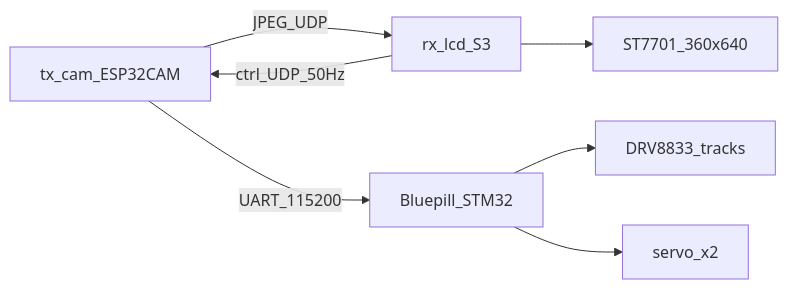
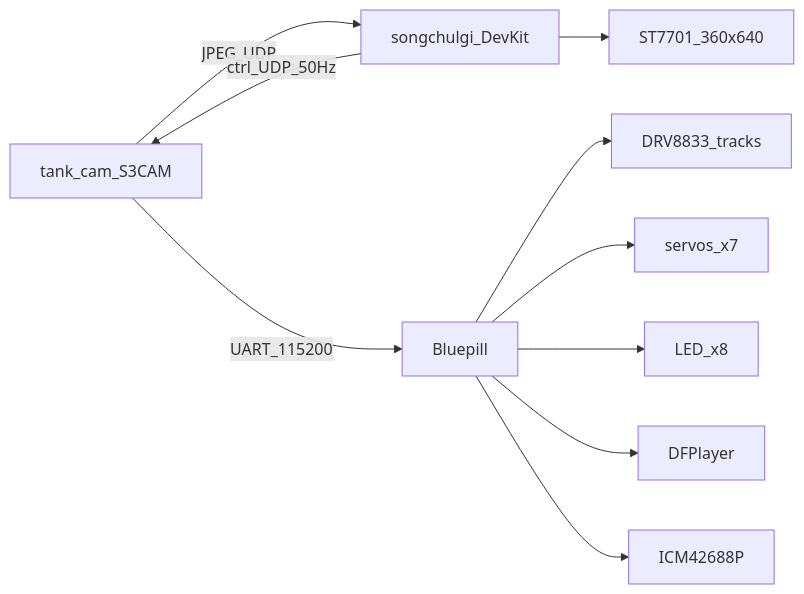
One commit to painnick/akuyaku-idf changed the diagram in docs/spec.md. Above: the diagram before and after it, drawn with Mermaid. The commit also changed other lines of this file, not shown here.

First line of the commit message:
수신기·송출기 사양과 ICM-42688-P 전원을 문서에 반영한다.

````diff
--- a/docs/spec.md
+++ b/docs/spec.md
@@ -33,9 +31,12 @@
 ```mermaid
 flowchart LR
-  cam[tx_cam_ESP32CAM] -->|JPEG_UDP| rx[rx_lcd_S3]
-  rx -->|ctrl_UDP_50Hz| cam
-  cam -->|UART_115200| stm[Bluepill_STM32]
+  tankCam[tank_cam_S3CAM] -->|JPEG_UDP| console[songchulgi_DevKit]
+  console -->|ctrl_UDP_50Hz| tankCam
+  tankCam -->|UART_115200| stm[Bluepill]
   stm --> drv[DRV8833_tracks]
-  stm --> servo[servo_x2]
-  rx --> lcd[ST7701_360x640]
+  stm --> servos[servos_x7]
+  stm --> leds[LED_x8]
+  stm --> dfp[DFPlayer]
+  stm --> imu[ICM42688P]
+  console --> lcd[ST7701_360x640]
 ```
````
